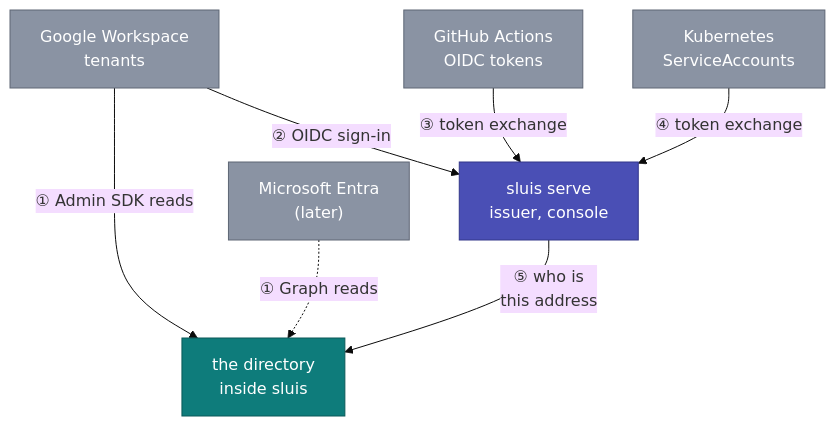
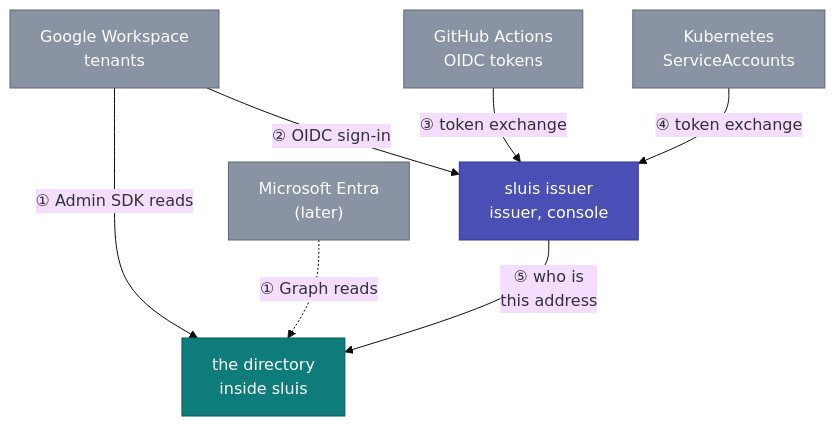
Before and after one commit to truvity/sluis: the first of 3 diagrams in docs/concepts/sluis/integrations.md, drawn with Mermaid (base theme). The commit also changed other lines of this file and 56 other files, not shown here.

````diff
--- a/docs/concepts/sluis/integrations.md
+++ b/docs/concepts/sluis/integrations.md
@@ -11,18 +11,18 @@
 ```mermaid
 flowchart TB
   gws["Google Workspace<br/>tenants"]:::ext
   entra["Microsoft Entra<br/>(later)"]:::ext
   gh["GitHub Actions<br/>OIDC tokens"]:::ext
   sa["Kubernetes<br/>ServiceAccounts"]:::ext
   hub["the directory<br/>inside sluis"]:::hub
-  iss["sluis serve<br/>issuer, console"]:::token
+  iss["sluis issuer<br/>issuer, console"]:::token
   gws -- "① Admin SDK reads" --> hub
   entra -. "① Graph reads" .-> hub
   gws -- "② OIDC sign-in" --> iss
   gh -- "③ token exchange" --> iss
   sa -- "④ token exchange" --> iss
   iss -- "⑤ who is<br/>this address" --> hub
   classDef ext fill:#8A93A3,stroke:#5E6675,color:#fff
   classDef hub fill:#0E7C7B,stroke:#0A5958,color:#fff
   classDef token fill:#4A4FB5,stroke:#33378A,color:#fff
 ```
````
